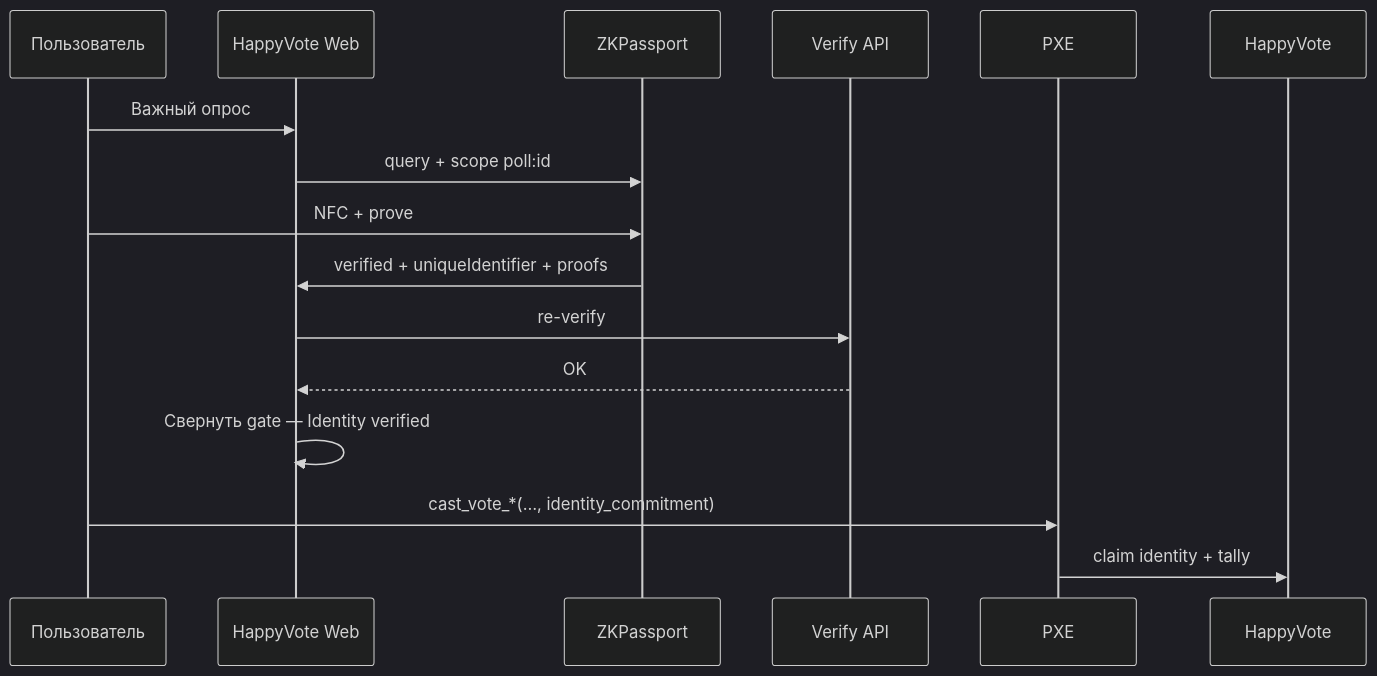
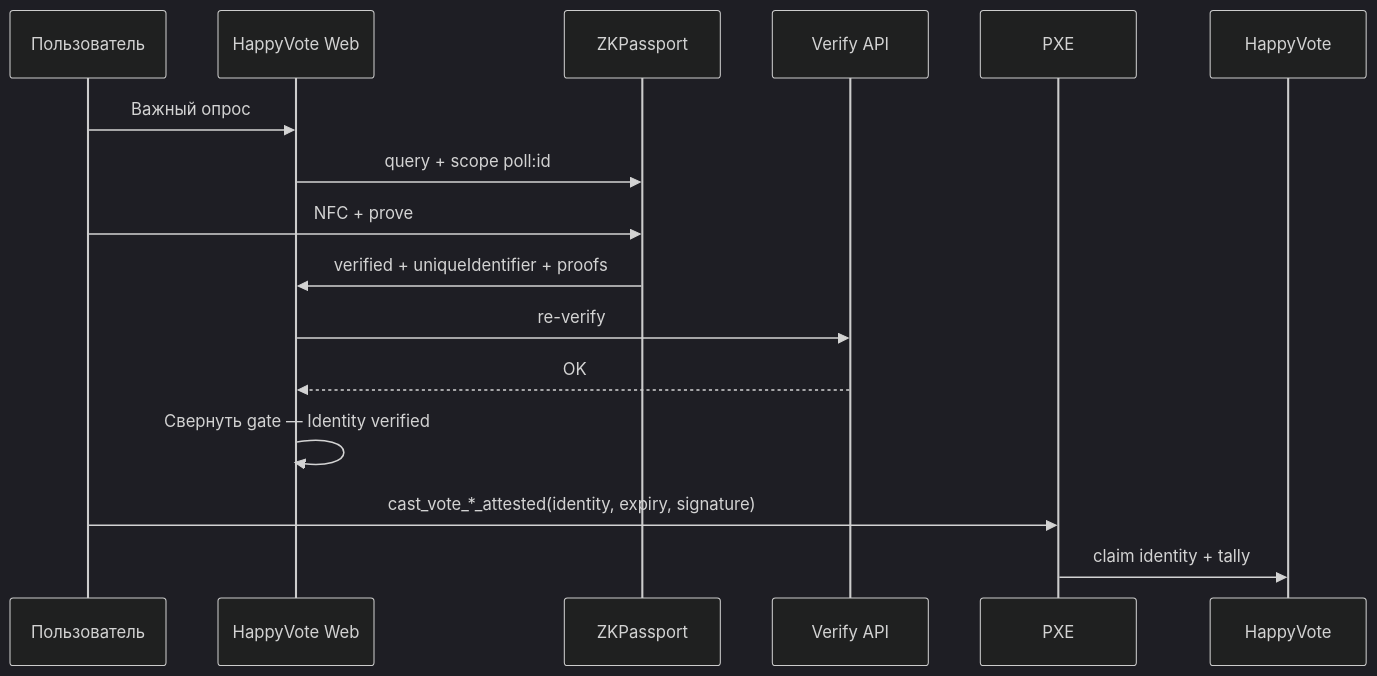
One commit to pittpv/happy-vote-aztec changed the diagram in docs/ru/04-ZKPASSPORT.md. Above: the diagram before and after it, drawn with Mermaid (dark theme). The commit also changed other lines of this file and 79 other files, not shown here.

````diff
--- a/docs/ru/04-ZKPASSPORT.md
+++ b/docs/ru/04-ZKPASSPORT.md
@@ -34,19 +34,19 @@
 ```mermaid
 sequenceDiagram
   participant U as Пользователь
   participant UI as HappyVote Web
   participant Z as ZKPassport
   participant API as Verify API
   participant PXE as PXE
   participant C as HappyVote
 
   U->>UI: Важный опрос
   UI->>Z: query + scope poll:id
   U->>Z: NFC + prove
   Z->>UI: verified + uniqueIdentifier + proofs
   UI->>API: re-verify
   API-->>UI: OK
   UI->>UI: Свернуть gate — Identity verified
-  U->>PXE: cast_vote_*(…, identity_commitment)
+  U->>PXE: cast_vote_*_attested(identity, expiry, signature)
   PXE->>C: claim identity + tally
 ```
````
